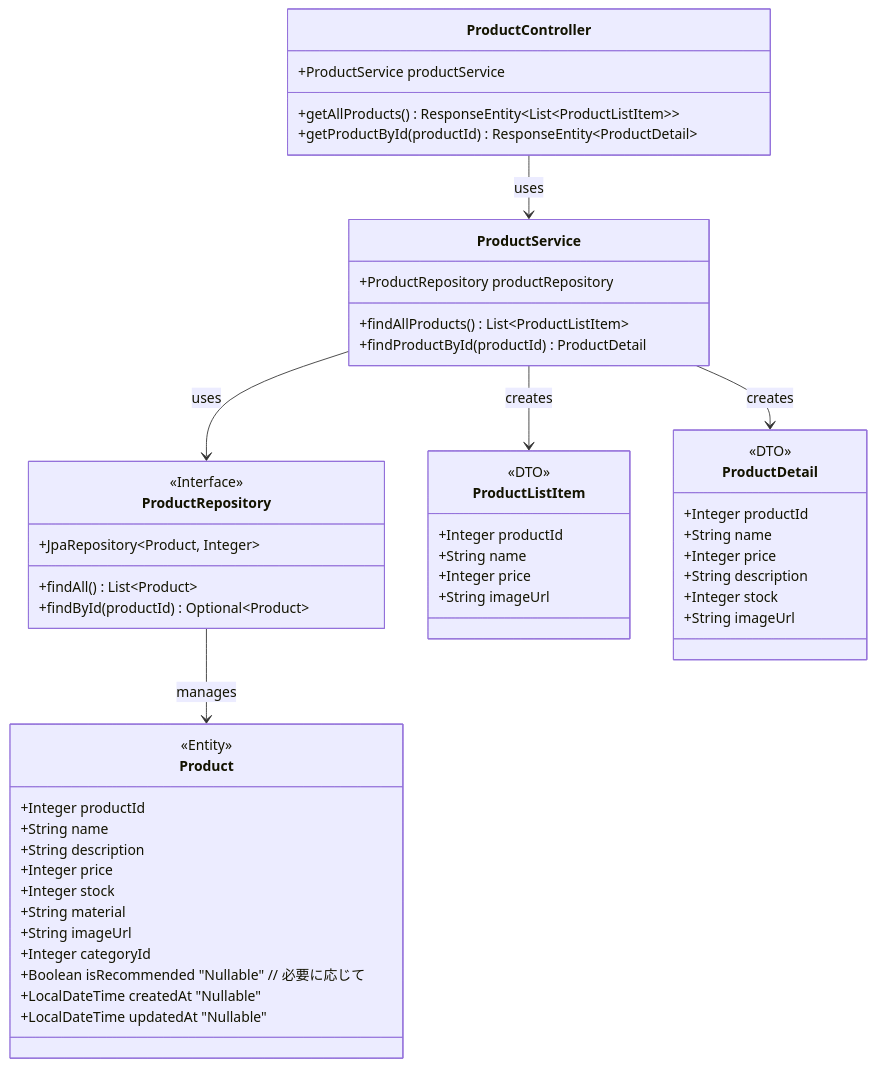
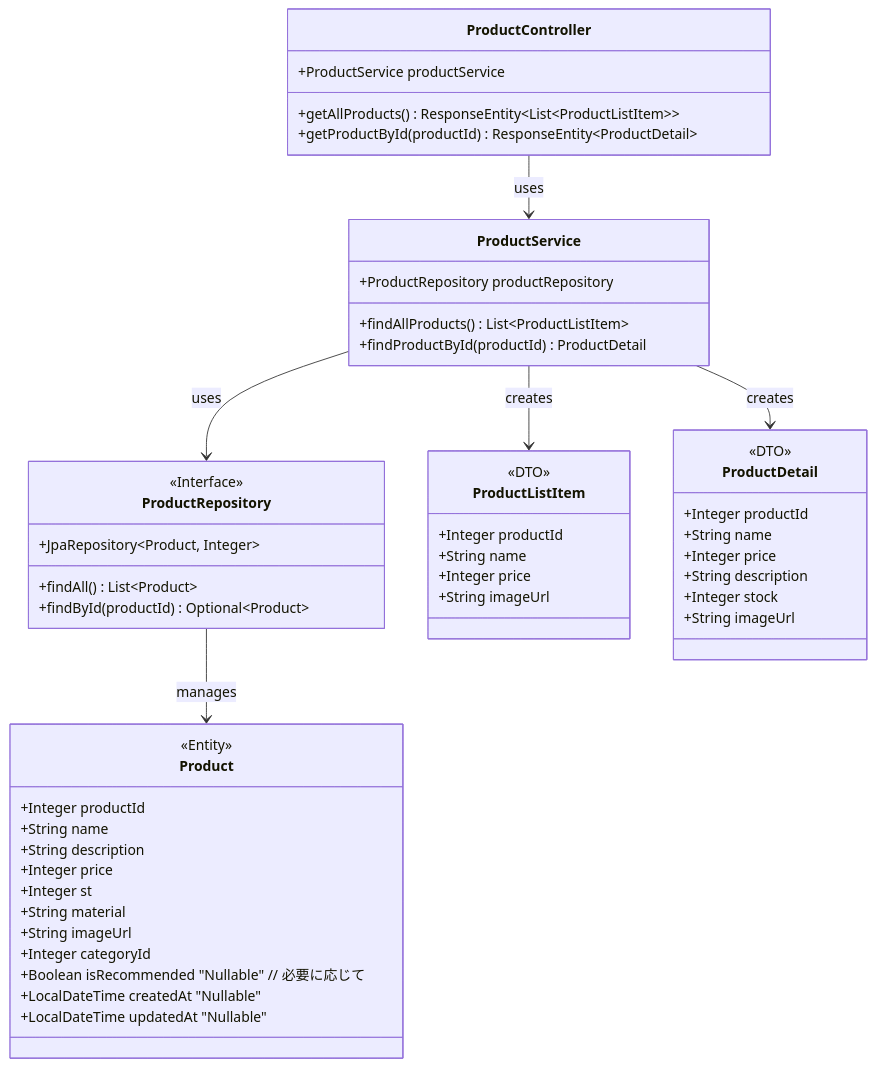
One commit to natsumiumeda/Jobs changed the eighth of 12 diagrams in 詳細設計/詳細設計書.md. Above: the diagram before and after it, drawn with Mermaid. The commit also changed other lines of this file, not shown here.

```diff
--- a/詳細設計/詳細設計書.md
+++ b/詳細設計/詳細設計書.md
@@ -391,68 +391,68 @@
 <div class="mermaid">
 classDiagram
     %% Controller
     class ProductController {
         +ProductService productService
         +getAllProducts() ResponseEntity~List~ProductListItem~~
         +getProductById(productId) ResponseEntity~ProductDetail~
     }
 
     %% Service
     class ProductService {
         +ProductRepository productRepository
         +findAllProducts() List~ProductListItem~
         +findProductById(productId) ProductDetail
     }
 
     %% Repository
     class ProductRepository {
         <<Interface>>
         +JpaRepository~Product, Integer~
         +findAll() List~Product~
         +findById(productId) Optional~Product~
     }
 
     %% Entity
     class Product {
         <<Entity>>
         +Integer productId
         +String name
         +String description
         +Integer price
-        +Integer stock
+        +Integer st
         +String material
         +String imageUrl
         +Integer categoryId
         
         +Boolean isRecommended "Nullable" // 必要に応じて
         +LocalDateTime createdAt "Nullable"
         +LocalDateTime updatedAt "Nullable"
     }
 
     %% DTO
     class ProductListItem {
         <<DTO>>
         +Integer productId
         +String name
         +Integer price
         +String imageUrl
     }
 
     class ProductDetail {
         <<DTO>>
         +Integer productId
         +String name
         +Integer price
         +String description
         +Integer stock
         +String imageUrl
     }
 
     %% 関係
     ProductController --> ProductService : uses
     ProductService --> ProductRepository : uses
     ProductRepository --> Product : manages
     ProductService --> ProductListItem : creates
     ProductService --> ProductDetail : creates
 
 </div>
```
